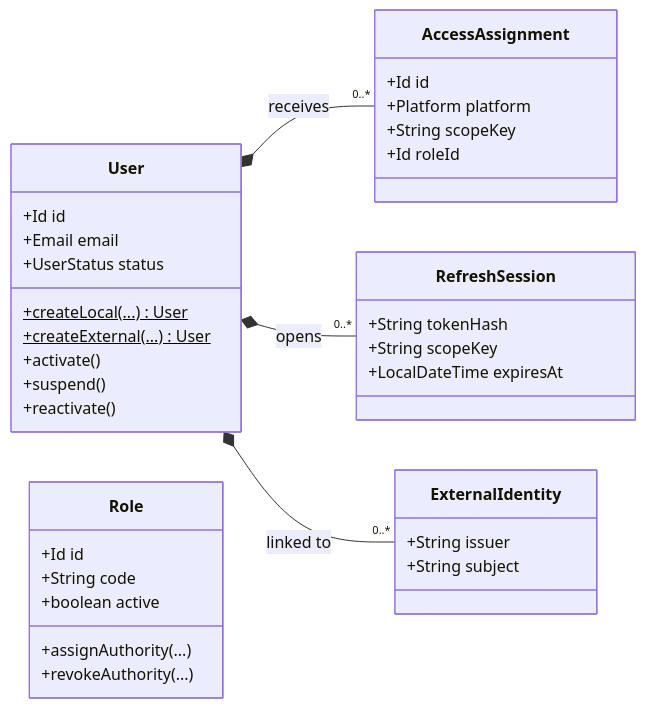
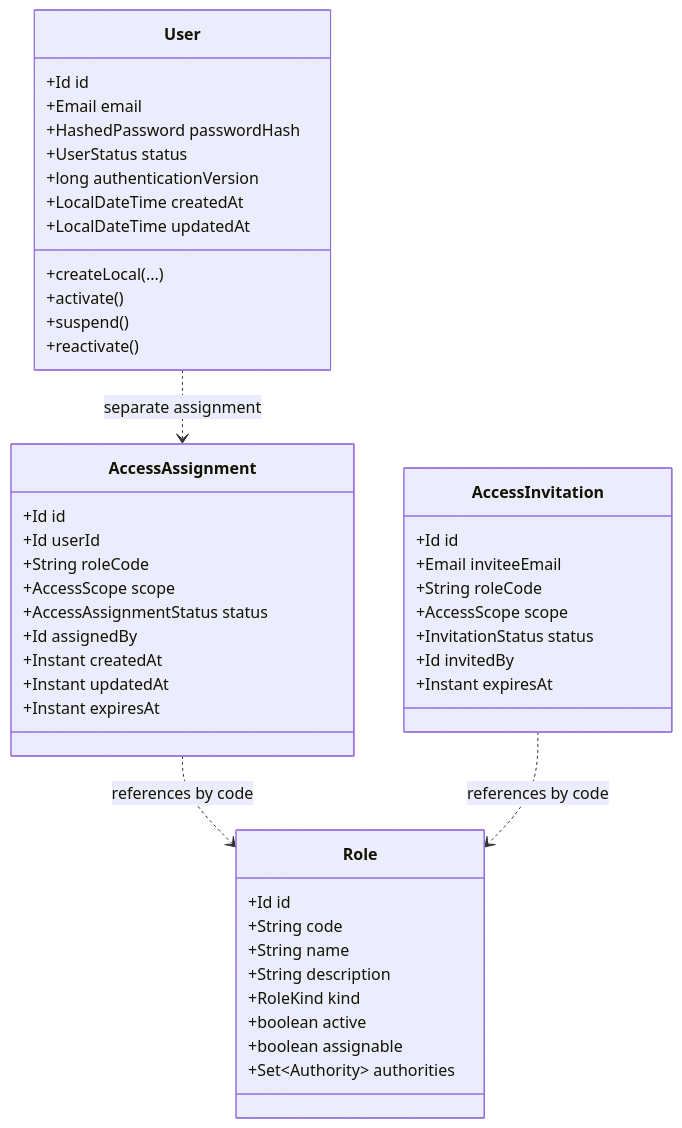
Before and after one commit to khinemyaezin/grab: the second of 3 diagrams in docs/spec/domain/identity/architecture/identity-domain-spec.md, drawn with Mermaid. The commit also changed other lines of this file and 47 other files, not shown here.

````diff
--- a/docs/spec/domain/identity/architecture/identity-domain-spec.md
+++ b/docs/spec/domain/identity/architecture/identity-domain-spec.md
@@ -72,45 +48,49 @@
 ```mermaid
 classDiagram
-    direction LR
-
     class User {
         +Id id
         +Email email
+        +HashedPassword passwordHash
         +UserStatus status
-        +createLocal(...) User$
-        +createExternal(...) User$
+        +long authenticationVersion
+        +LocalDateTime createdAt
+        +LocalDateTime updatedAt
+        +createLocal(...)
         +activate()
         +suspend()
         +reactivate()
     }
-
     class AccessAssignment {
         +Id id
-        +Platform platform
-        +String scopeKey
-        +Id roleId
+        +Id userId
+        +String roleCode
+        +AccessScope scope
+        +AccessAssignmentStatus status
+        +Id assignedBy
+        +Instant createdAt
+        +Instant updatedAt
+        +Instant expiresAt
     }
-
-    class RefreshSession {
-        +String tokenHash
-        +String scopeKey
-        +LocalDateTime expiresAt
+    class AccessInvitation {
+        +Id id
+        +Email inviteeEmail
+        +String roleCode
+        +AccessScope scope
+        +InvitationStatus status
+        +Id invitedBy
+        +Instant expiresAt
     }
-    
     class Role {
         +Id id
         +String code
+        +String name
+        +String description
+        +RoleKind kind
         +boolean active
-        +assignAuthority(...)
-        +revokeAuthority(...)
+        +boolean assignable
+        +Set~Authority~ authorities
     }
-
-    class ExternalIdentity {
-        +String issuer
-        +String subject
-    }
-
-    User *-- "0..*" AccessAssignment : receives
-    User *-- "0..*" RefreshSession : opens
-    User *-- "0..*" ExternalIdentity : linked to
+    User ..> AccessAssignment : separate assignment
+    AccessAssignment ..> Role : references by code
+    AccessInvitation ..> Role : references by code
 ```
````
